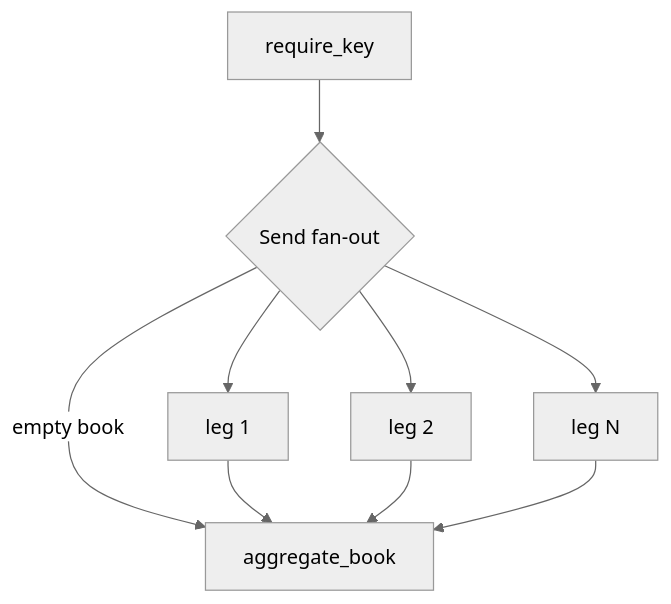
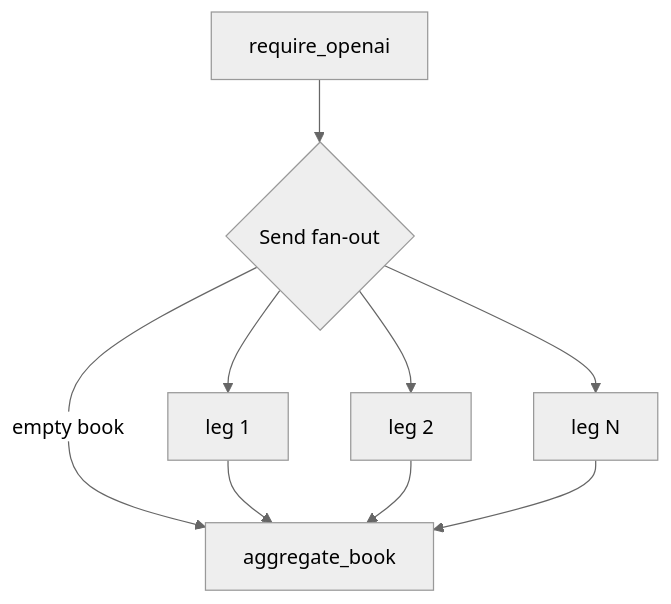
The first of 2 diagrams in README.md (Kmg-Zh/ExplainMyOption), drawn with Mermaid (neutral theme) before and after one commit. The commit also changed other lines of this file and 34 other files, not shown here.

Commit message:
docs: README (install, run log, two-trigger escalation, mermaid), regenerated samples, stale paths, work-order report, jargon cleanup; verifier guard confirmation widened

````diff
--- a/README.md
+++ b/README.md
@@ -219,12 +225,12 @@
 ```mermaid
 flowchart TB
-  RO[require_key]
+  RO[require_openai]
   RO --> FAN{Send fan-out}
   FAN --> L1[leg 1]
   FAN --> L2[leg 2]
   FAN --> LN[leg N]
   FAN -->|empty book| AGG[aggregate_book]
   L1 --> AGG
   L2 --> AGG
   LN --> AGG
 ```
````
